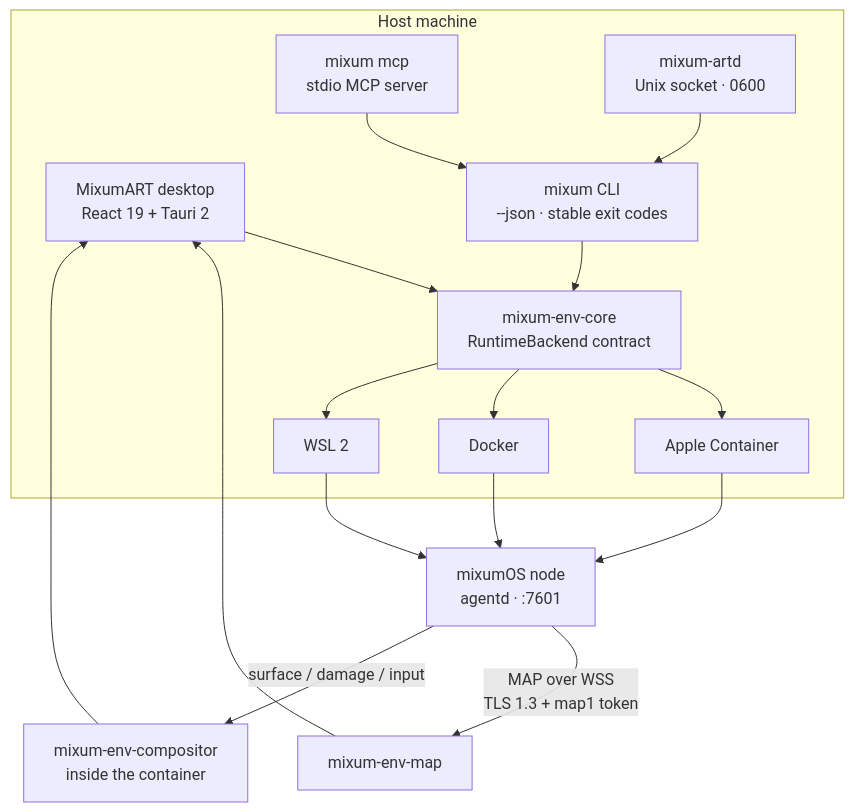
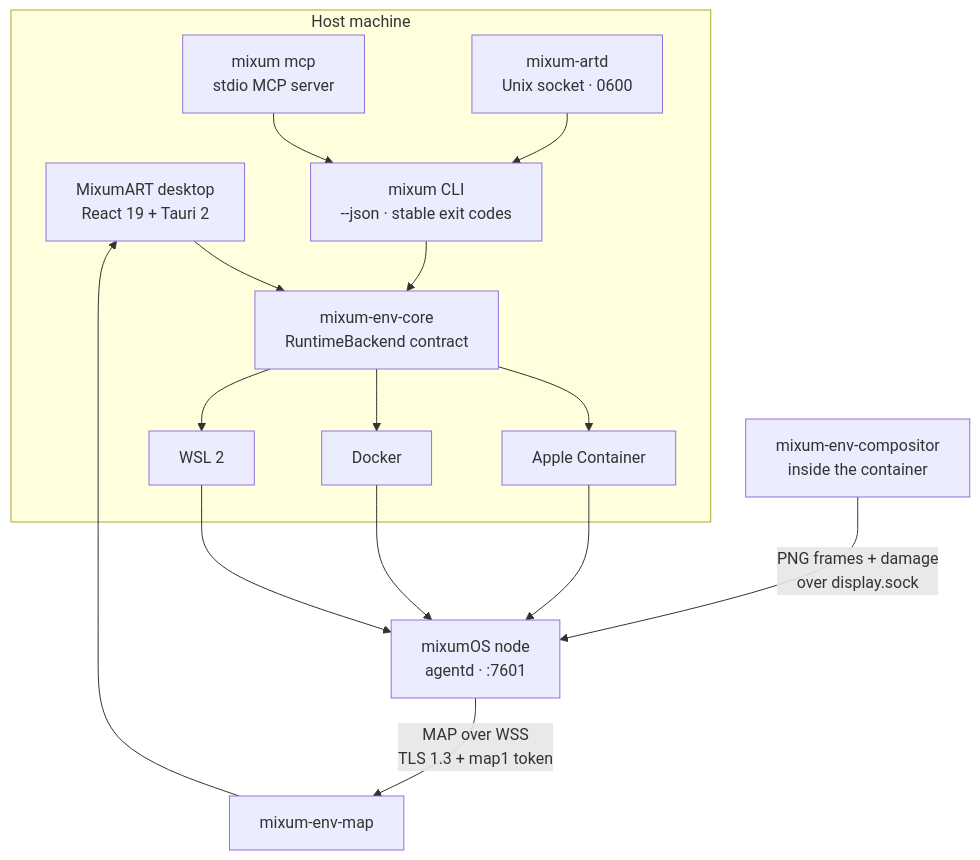
One commit to EmergeShift/MixumART changed the diagram in README.md. Above: the diagram before and after it, drawn with Mermaid. The commit also changed other lines of this file and 1 other file, not shown here.

First line of the commit message:
docs: fix the compositor data path in the architecture diagram

````diff
--- a/README.md
+++ b/README.md
@@ -63,25 +63,24 @@
 ```mermaid
 flowchart TB
     subgraph Host["Host machine"]
         UI["MixumART desktop<br/>React 19 + Tauri 2"]
         CLI["mixum CLI<br/>--json · stable exit codes"]
         MCP["mixum mcp<br/>stdio MCP server"]
         D["mixum-artd<br/>Unix socket · 0600"]
         CORE["mixum-env-core<br/>RuntimeBackend contract"]
         UI --> CORE
         CLI --> CORE
         MCP --> CLI
         D --> CLI
         CORE --> A["Apple Container"]
         CORE --> DK["Docker"]
         CORE --> W["WSL 2"]
     end
 
     A --> N["mixumOS node<br/>agentd · :7601"]
     DK --> N
     W --> N
     N -->|"MAP over WSS<br/>TLS 1.3 + map1 token"| M["mixum-env-map"]
     M --> UI
-    N -->|"surface / damage / input"| C["mixum-env-compositor<br/>inside the container"]
-    C --> UI
+    C["mixum-env-compositor<br/>inside the container"] -->|"PNG frames + damage<br/>over display.sock"| N
 ```
````
